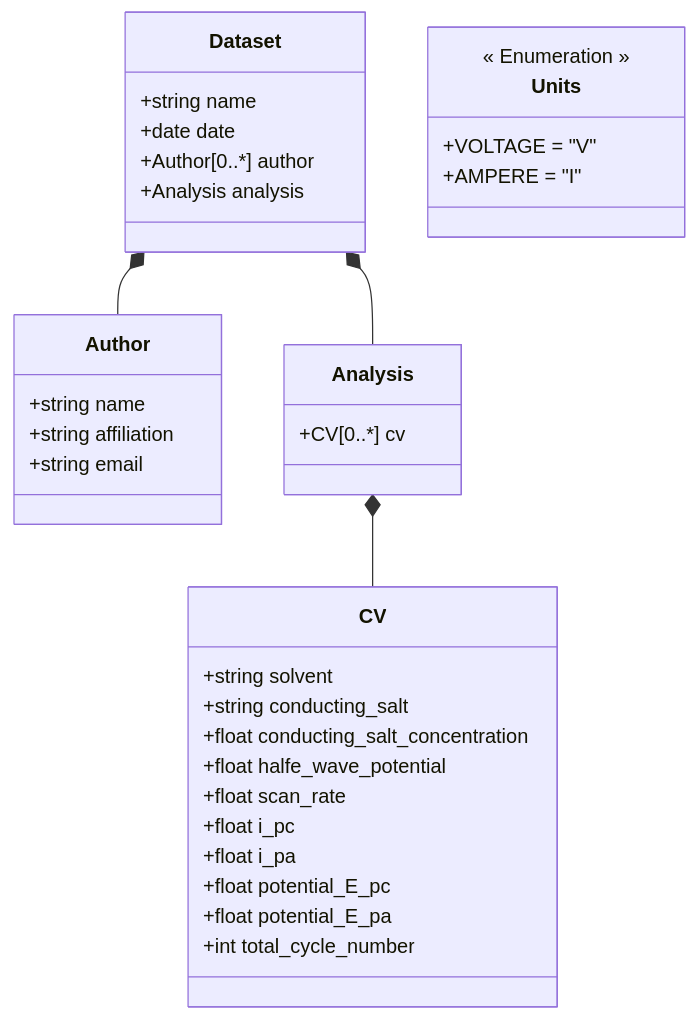
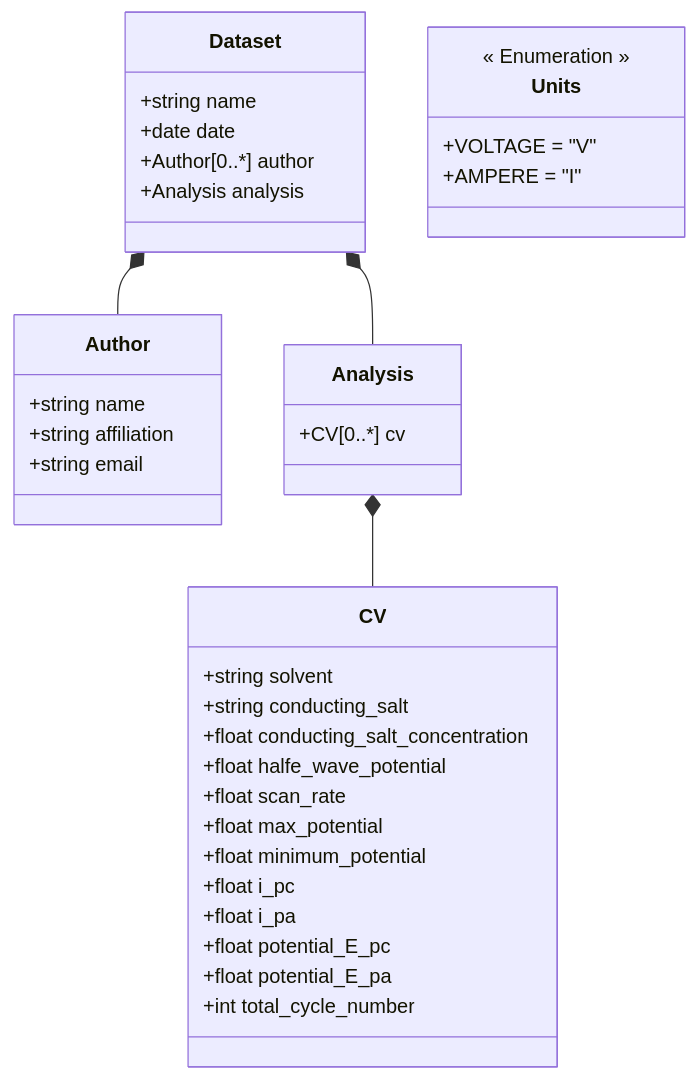
Before and after one commit to FAIRChemistry/datamodel-electrochemistry: the diagram in ElectrochemistryDataModel/schemes/Datamodel for Electrochemistry.md, drawn with Mermaid. The commit also changed 5 other files, not shown here.

````diff
--- a/ElectrochemistryDataModel/schemes/Datamodel for Electrochemistry.md
+++ b/ElectrochemistryDataModel/schemes/Datamodel for Electrochemistry.md
@@ -1,43 +1,45 @@
 ```mermaid
 classDiagram
     Dataset *-- Author
     Dataset *-- Analysis
     Analysis *-- CV
     
     class Dataset {
         +string name
         +date date
         +Author[0..*] author
         +Analysis analysis
     }
     
     class Analysis {
         +CV[0..*] cv
     }
     
     class CV {
         +string solvent
         +string conducting_salt
         +float conducting_salt_concentration
         +float halfe_wave_potential
         +float scan_rate
+        +float max_potential
+        +float minimum_potential
         +float i_pc
         +float i_pa
         +float potential_E_pc
         +float potential_E_pa
         +int total_cycle_number
     }
     
     class Author {
         +string name
         +string affiliation
         +string email
     }
     
     class Units {
         << Enumeration >>
         +VOLTAGE = "V"
         +AMPERE = "I"
     }
     
 ```
````
